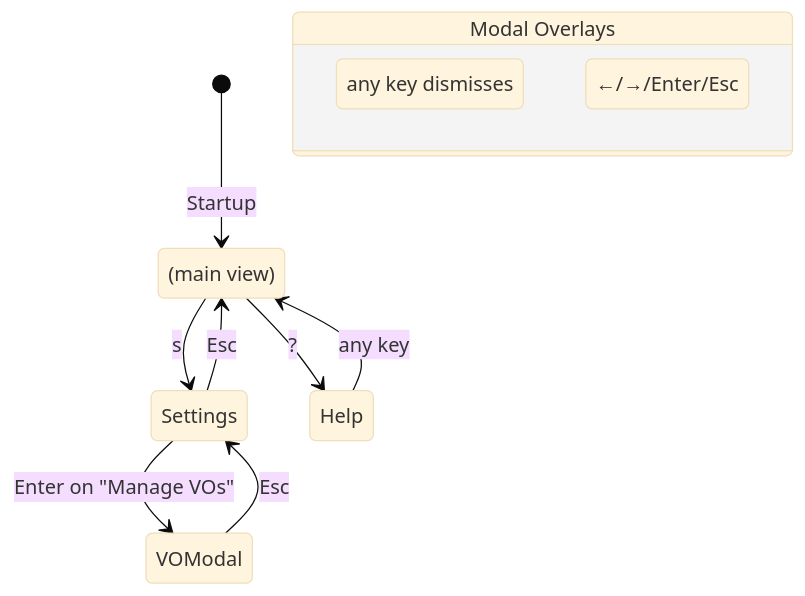
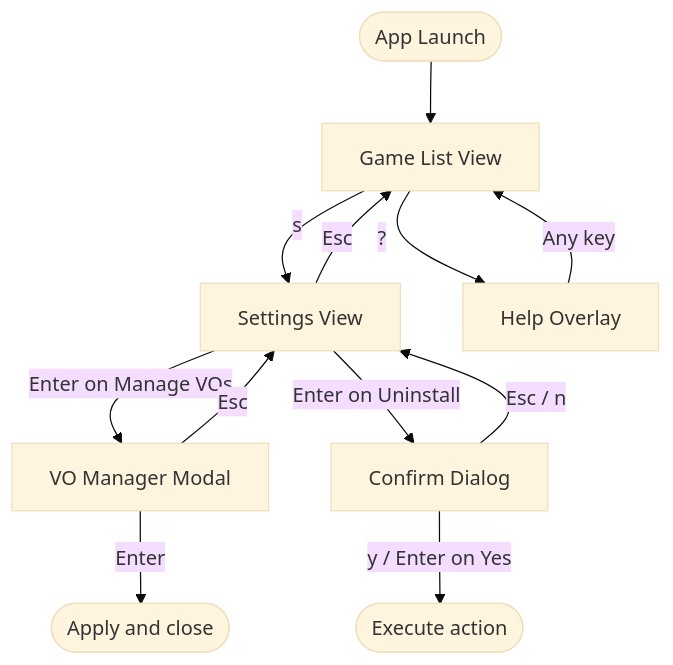
The first of 21 diagrams in UX.md (ChakornK/elysiae-tui), drawn with Mermaid (base theme) before and after one commit. The commit also changed other lines of this file, not shown here.

````diff
--- a/UX.md
+++ b/UX.md
@@ -7,21 +15,14 @@
 ```mermaid
-stateDiagram-v2
-    [*] --> GameList : Startup
-
-    GameList --> Settings : s
-    GameList --> Help : ?
-
-    Settings --> GameList : Esc
-    Settings --> VOModal : Enter on "Manage VOs"
-
-    VOModal --> Settings : Esc
-
-    Help --> GameList : any key
-
-    state "Modal Overlays" as Modals {
-        ErrorModal : any key dismisses
-        ConfirmDialog : ←/→/Enter/Esc
-    }
-
-    GameList : (main view)
+flowchart TD
+    Start([App Launch]) --> GameList[Game List View]
+    GameList -->|s| Settings[Settings View]
+    GameList -->|?| Help[Help Overlay]
+    Settings -->|Esc| GameList
+    Settings -->|Enter on Manage VOs| VOModal[VO Manager Modal]
+    Settings -->|Enter on Uninstall| Confirm[Confirm Dialog]
+    VOModal -->|Esc| Settings
+    VOModal -->|Enter| ApplyVO([Apply and close])
+    Confirm -->|y / Enter on Yes| Execute([Execute action])
+    Confirm -->|Esc / n| Settings
+    Help -->|Any key| GameList
 ```
````
